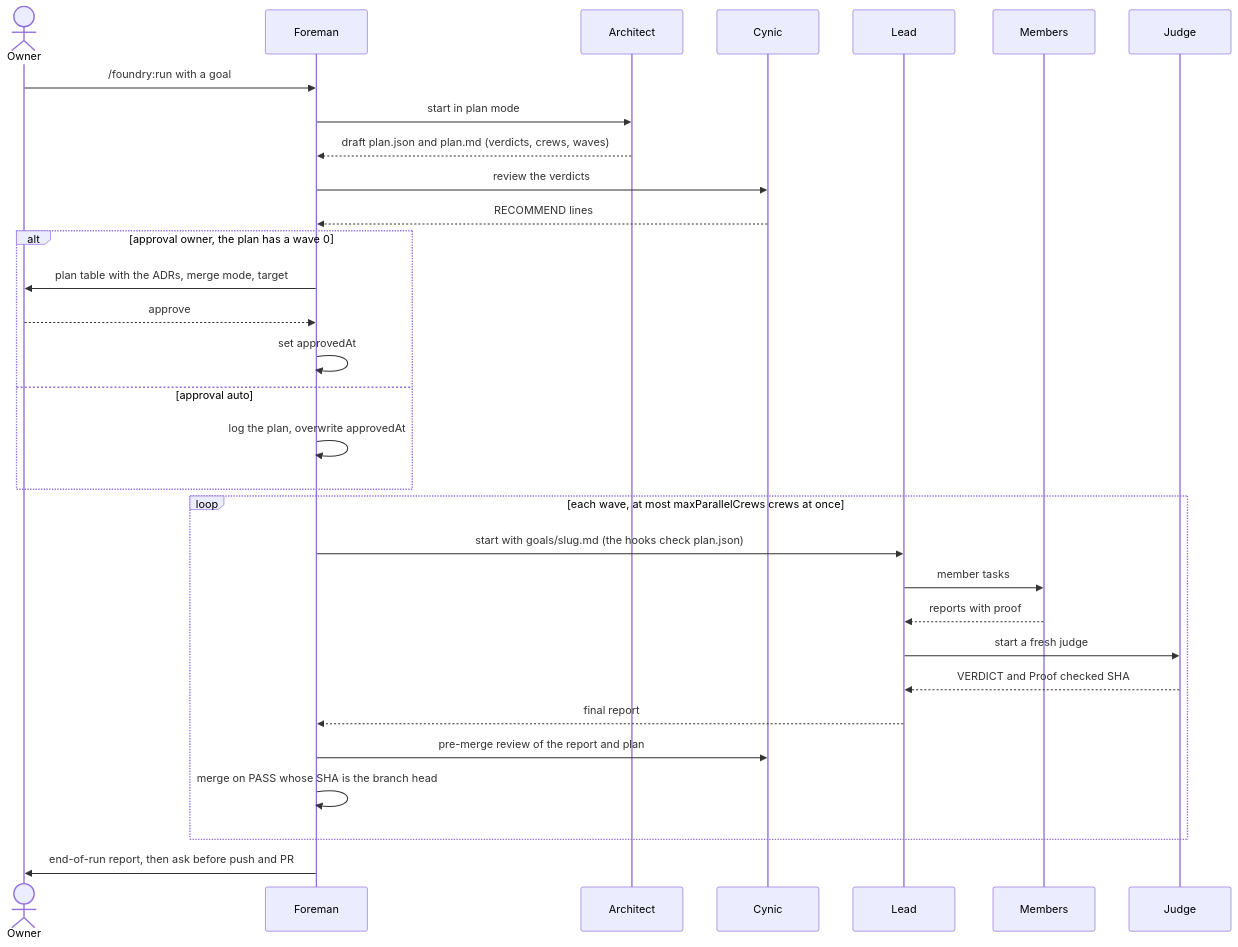
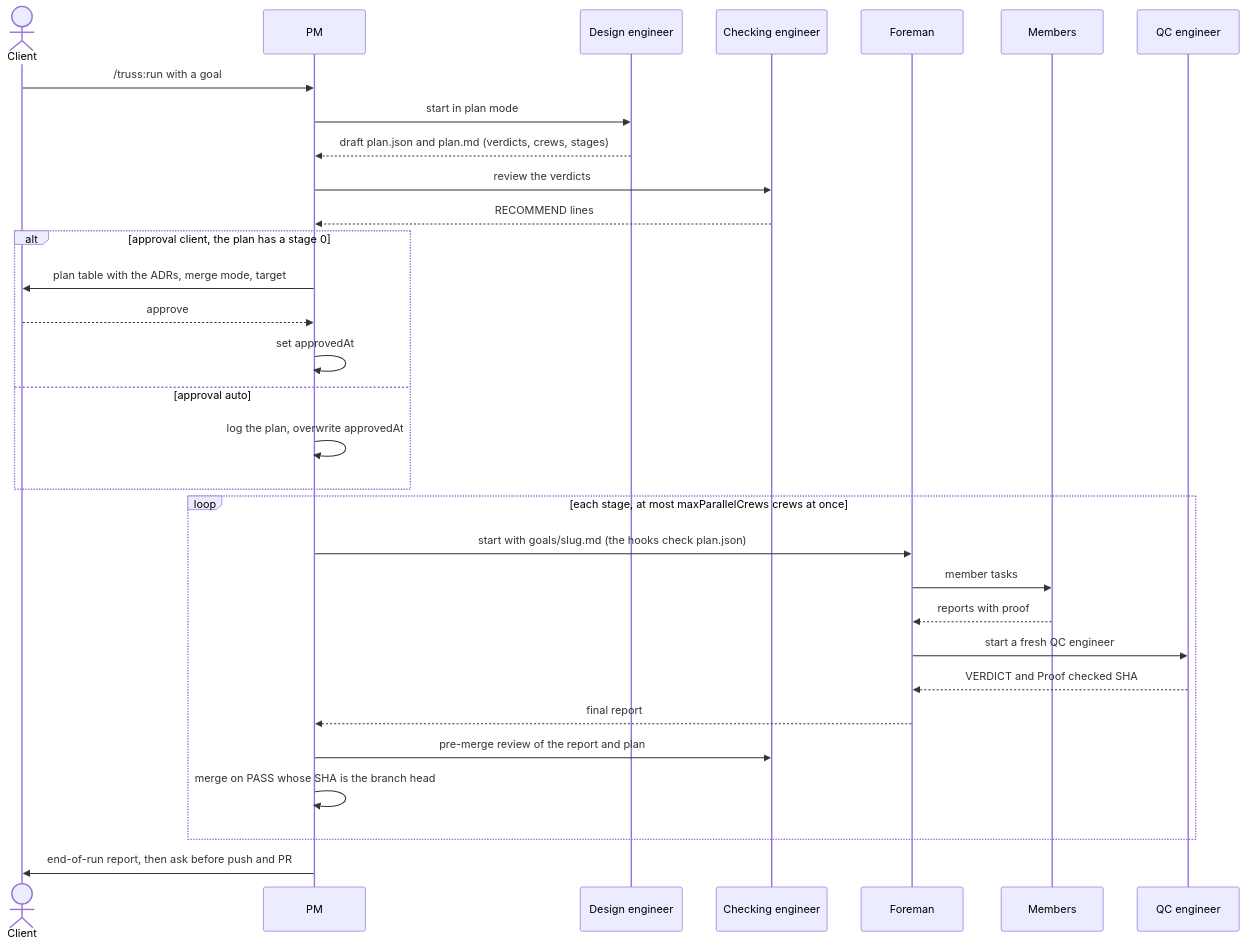
The fifth of 16 diagrams in docs/architecture.md (AbhiramDwivedi/truss), drawn with Mermaid before and after one commit. The commit also changed other lines of this file and 61 other files, not shown here.

First line of the commit message:
refactor!: rename foundry to Truss (code, prompts, docs)

````diff
--- a/docs/architecture.md
+++ b/docs/architecture.md
@@ -174,33 +174,33 @@
 ```mermaid
 sequenceDiagram
-  actor Owner
-  participant F as Foreman
-  participant A as Architect
-  participant C as Cynic
-  participant L as Lead
+  actor Client
+  participant F as PM
+  participant A as Design engineer
+  participant C as Checking engineer
+  participant L as Foreman
   participant M as Members
-  participant J as Judge
-  Owner->>F: /foundry:run with a goal
+  participant J as QC engineer
+  Client->>F: /truss:run with a goal
   F->>A: start in plan mode
-  A-->>F: draft plan.json and plan.md (verdicts, crews, waves)
+  A-->>F: draft plan.json and plan.md (verdicts, crews, stages)
   F->>C: review the verdicts
   C-->>F: RECOMMEND lines
-  alt approval owner, the plan has a wave 0
-    F->>Owner: plan table with the ADRs, merge mode, target
-    Owner-->>F: approve
+  alt approval client, the plan has a stage 0
+    F->>Client: plan table with the ADRs, merge mode, target
+    Client-->>F: approve
     F->>F: set approvedAt
   else approval auto
     F->>F: log the plan, overwrite approvedAt
   end
-  loop each wave, at most maxParallelCrews crews at once
+  loop each stage, at most maxParallelCrews crews at once
     F->>L: start with goals/slug.md (the hooks check plan.json)
     L->>M: member tasks
     M-->>L: reports with proof
-    L->>J: start a fresh judge
+    L->>J: start a fresh QC engineer
     J-->>L: VERDICT and Proof checked SHA
     L-->>F: final report
     F->>C: pre-merge review of the report and plan
     F->>F: merge on PASS whose SHA is the branch head
   end
-  F->>Owner: end-of-run report, then ask before push and PR
+  F->>Client: end-of-run report, then ask before push and PR
 ```
````
